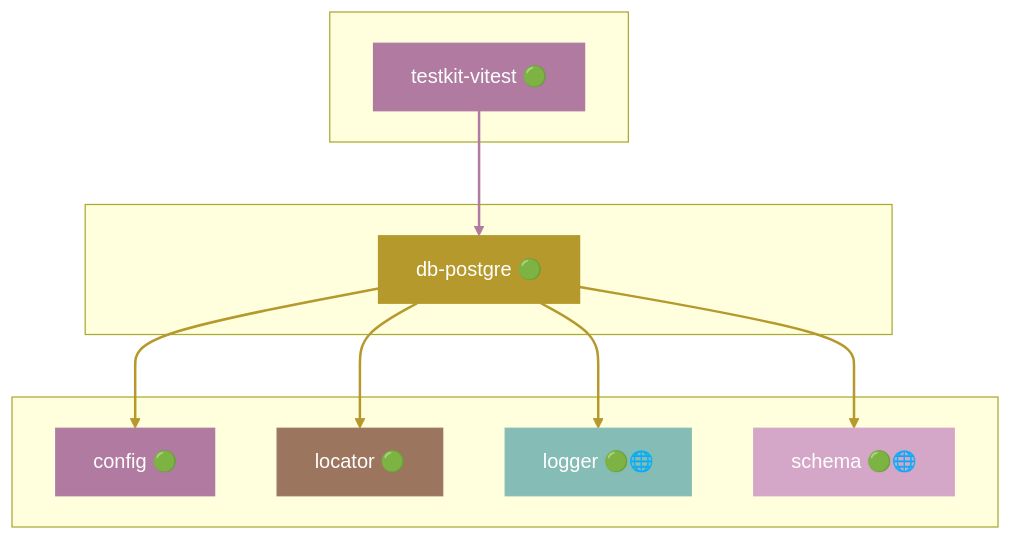
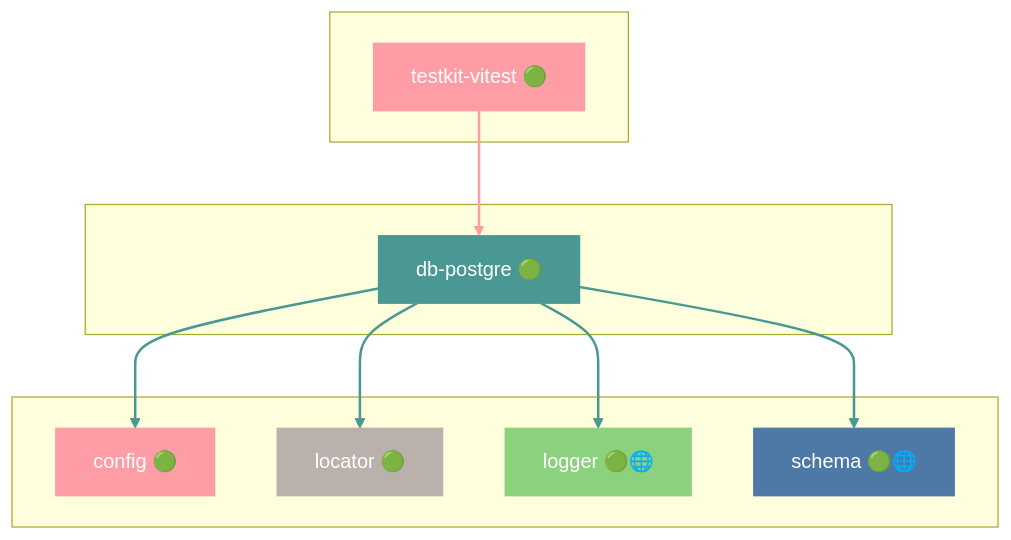
One commit to grest-ts/grest-ts changed diagram 15 of 48 in docs/DEPENDENCIES.md. Above: the diagram before and after it, drawn with Mermaid. The commit also changed other lines of this file and 62 other files, not shown here.

````diff
--- a/docs/DEPENDENCIES.md
+++ b/docs/DEPENDENCIES.md
@@ -885,31 +925,31 @@
 ```mermaid
 flowchart TB
     subgraph Dependents[" "]
         testkit-vitest["testkit-vitest 🟢"]
     end
     subgraph Package[" "]
         db-postgre["db-postgre 🟢"]
     end
     subgraph Dependencies[" "]
         config["config 🟢"]
         locator["locator 🟢"]
         logger["logger 🟢🌐"]
         schema["schema 🟢🌐"]
     end
     testkit-vitest --> db-postgre
     db-postgre --> config
     db-postgre --> locator
     db-postgre --> logger
     db-postgre --> schema
-    style db-postgre fill:#B6992D,stroke:#B6992D,color:#fff
-    style testkit-vitest fill:#B07AA1,stroke:#B07AA1,color:#fff
-    style config fill:#B07AA1,stroke:#B07AA1,color:#fff
-    style locator fill:#9C755F,stroke:#9C755F,color:#fff
-    style logger fill:#86BCB6,stroke:#86BCB6,color:#fff
-    style schema fill:#D4A6C8,stroke:#D4A6C8,color:#fff
-    linkStyle 0 stroke:#B07AA1,stroke-width:2px
-    linkStyle 1 stroke:#B6992D,stroke-width:2px
-    linkStyle 2 stroke:#B6992D,stroke-width:2px
-    linkStyle 3 stroke:#B6992D,stroke-width:2px
-    linkStyle 4 stroke:#B6992D,stroke-width:2px
+    style db-postgre fill:#499894,stroke:#499894,color:#fff
+    style testkit-vitest fill:#FF9DA7,stroke:#FF9DA7,color:#fff
+    style config fill:#FF9DA7,stroke:#FF9DA7,color:#fff
+    style locator fill:#BAB0AC,stroke:#BAB0AC,color:#fff
+    style logger fill:#8CD17D,stroke:#8CD17D,color:#fff
+    style schema fill:#4E79A7,stroke:#4E79A7,color:#fff
+    linkStyle 0 stroke:#FF9DA7,stroke-width:2px
+    linkStyle 1 stroke:#499894,stroke-width:2px
+    linkStyle 2 stroke:#499894,stroke-width:2px
+    linkStyle 3 stroke:#499894,stroke-width:2px
+    linkStyle 4 stroke:#499894,stroke-width:2px
 ```
````
